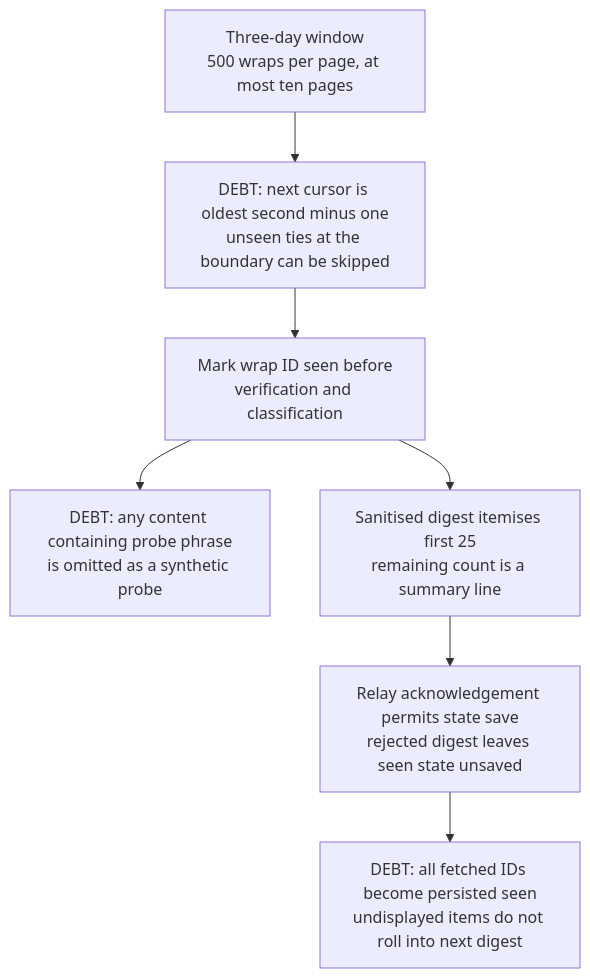
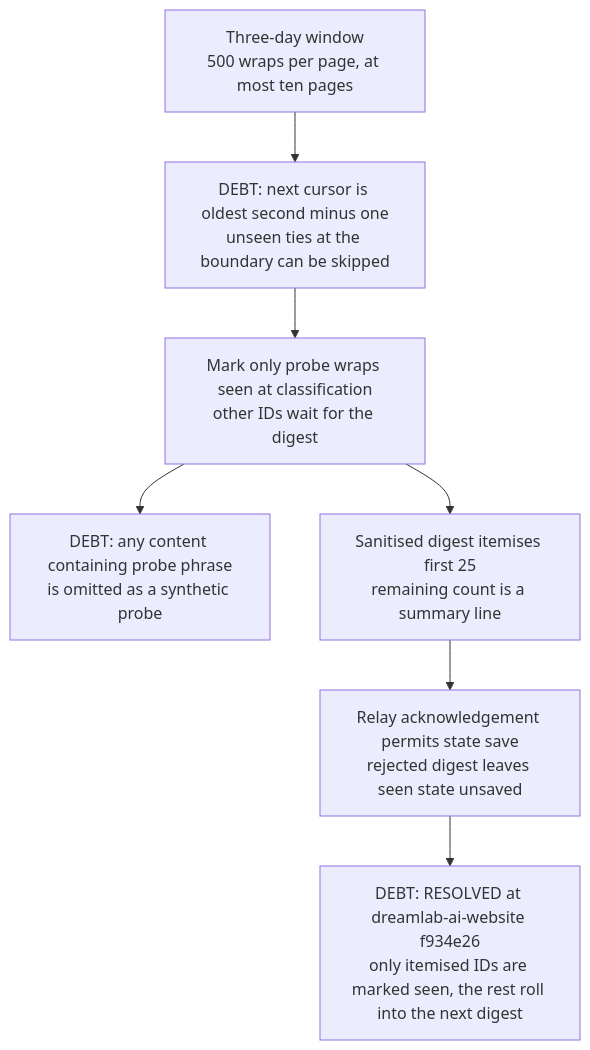
Before and after one commit to DreamLab-AI/VisionFlow: the fourth of 5 diagrams in docs/diagrams/dreamlab-ai-website/09-information-identity-and-inbox.md, drawn with Mermaid. The commit also changed other lines of this file and 59 other files, not shown here.

First line of the commit message:
docs(diagrams): re-derive and re-stamp forum, website, pod, ontomark and sealmap topics

````diff
--- a/docs/diagrams/dreamlab-ai-website/09-information-identity-and-inbox.md
+++ b/docs/diagrams/dreamlab-ai-website/09-information-identity-and-inbox.md
@@ -104,18 +104,18 @@
 ```mermaid
 flowchart TB
     %% Source: ../dreamlab-ai-website/scripts/inbox-watch/run.mjs:49
     %% Source: ../dreamlab-ai-website/scripts/inbox-watch/run.mjs:137
     A["Three-day window<br/>500 wraps per page, at most ten pages"]
-    %% Source: ../dreamlab-ai-website/scripts/lib/digest.mjs:74
+    %% Source: ../dreamlab-ai-website/scripts/lib/digest.mjs:81
     A --> B["DEBT: next cursor is oldest second minus one<br/>unseen ties at the boundary can be skipped"]
-    %% Source: ../dreamlab-ai-website/scripts/inbox-watch/run.mjs:328
-    B --> C["Mark wrap ID seen before<br/>verification and classification"]
+    %% Source: ../dreamlab-ai-website/scripts/inbox-watch/run.mjs:334
+    B --> C["Mark only probe wraps seen at classification<br/>other IDs wait for the digest"]
     %% Source: ../dreamlab-ai-website/scripts/inbox-watch/run.mjs:200
     C --> D["DEBT: any content containing probe phrase<br/>is omitted as a synthetic probe"]
-    %% Source: ../dreamlab-ai-website/scripts/lib/digest.mjs:18
+    %% Source: ../dreamlab-ai-website/scripts/lib/digest.mjs:25
     C --> E["Sanitised digest itemises first 25<br/>remaining count is a summary line"]
-    %% Source: ../dreamlab-ai-website/scripts/inbox-watch/run.mjs:373
+    %% Source: ../dreamlab-ai-website/scripts/inbox-watch/run.mjs:377
     E --> F["Relay acknowledgement permits state save<br/>rejected digest leaves seen state unsaved"]
-    %% Source: ../dreamlab-ai-website/scripts/inbox-watch/run.mjs:389
-    F --> G["DEBT: all fetched IDs become persisted seen<br/>undisplayed items do not roll into next digest"]
+    %% Source: ../dreamlab-ai-website/scripts/inbox-watch/run.mjs:387
+    F --> G["DEBT: RESOLVED at dreamlab-ai-website f934e26<br/>only itemised IDs are marked seen, the rest roll into the next digest"]
 ```
````
